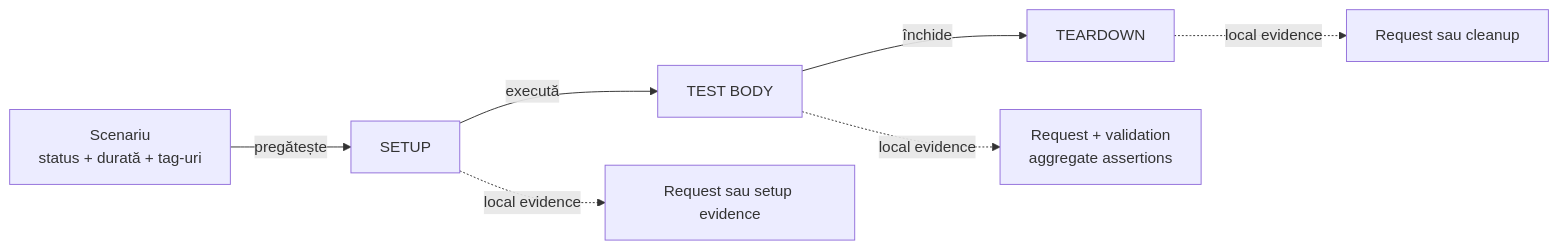
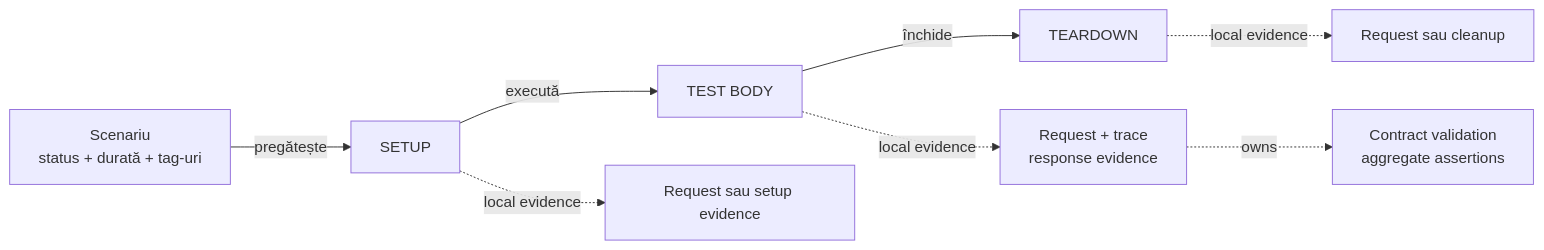
Before and after one commit to crististefanita/demo2: the third of 11 diagrams in docs/ATF_Reporting_Contract.md, drawn with Mermaid. The commit also changed other lines of this file and 298 other files, not shown here.

````diff
--- a/docs/ATF_Reporting_Contract.md
+++ b/docs/ATF_Reporting_Contract.md
@@ -100,9 +100,10 @@
 ```mermaid
 flowchart LR
     Scenario[Scenariu<br/>status + durată + tag-uri] -->|pregătește| Setup[SETUP]
     Setup -->|execută| Body[TEST BODY]
     Body -->|închide| Teardown[TEARDOWN]
     Setup -. local evidence .-> SetupEvidence[Request sau setup evidence]
-    Body -. local evidence .-> BodyEvidence[Request + validation<br/>aggregate assertions]
+    Body -. local evidence .-> BodyRequest[Request + trace<br/>response evidence]
+    BodyRequest -. owns .-> BodyValidation[Contract validation<br/>aggregate assertions]
     Teardown -. local evidence .-> Cleanup[Request sau cleanup]
 ```
````
